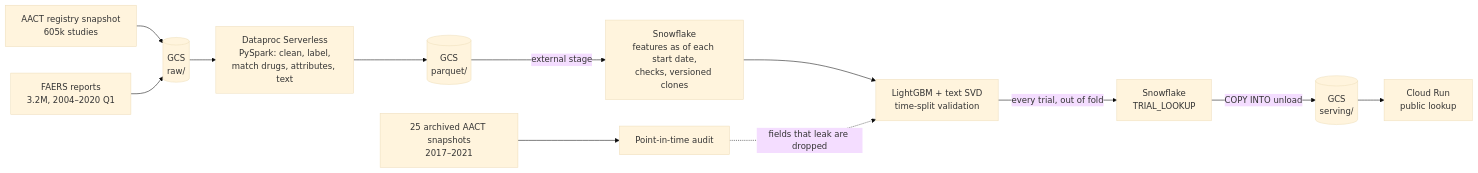
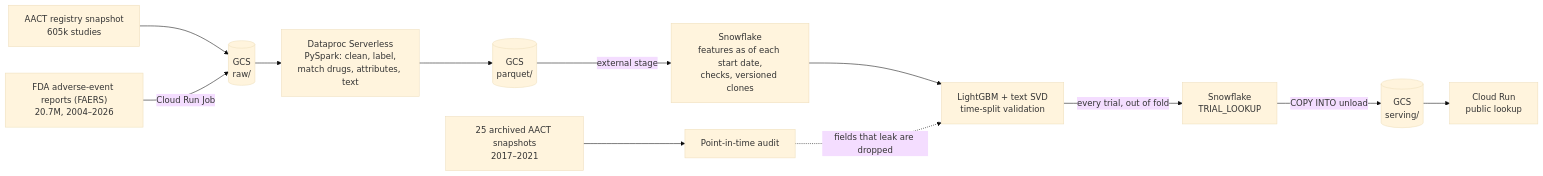
Before and after one commit to frankf1747/clinical_trial_risk_pipeline: the diagram in README.md, drawn with Mermaid (base theme). The commit also changed other lines of this file and 10 other files, not shown here.

````diff
--- a/README.md
+++ b/README.md
@@ -13,14 +13,14 @@
 ```mermaid
 flowchart LR
   A["AACT registry snapshot<br/>605k studies"] --> G1[("GCS<br/>raw/")]
-  F["FAERS reports<br/>3.2M, 2004–2020 Q1"] --> G1
+  F["FDA adverse-event reports (FAERS)<br/>20.7M, 2004–2026"] -->|Cloud Run Job| G1
   G1 --> S["Dataproc Serverless<br/>PySpark: clean, label,<br/>match drugs, attributes, text"]
   S --> G2[("GCS<br/>parquet/")]
   G2 -->|external stage| W["Snowflake<br/>features as of each start date,<br/>checks, versioned clones"]
   W --> M["LightGBM + text SVD<br/>time-split validation"]
   M -->|every trial, out of fold| W2["Snowflake<br/>TRIAL_LOOKUP"]
   W2 -->|COPY INTO unload| G3[("GCS<br/>serving/")]
   G3 --> C["Cloud Run<br/>public lookup"]
   H["25 archived AACT snapshots<br/>2017–2021"] --> AU["Point-in-time audit"]
   AU -.->|fields that leak are dropped| M
 ```
````
